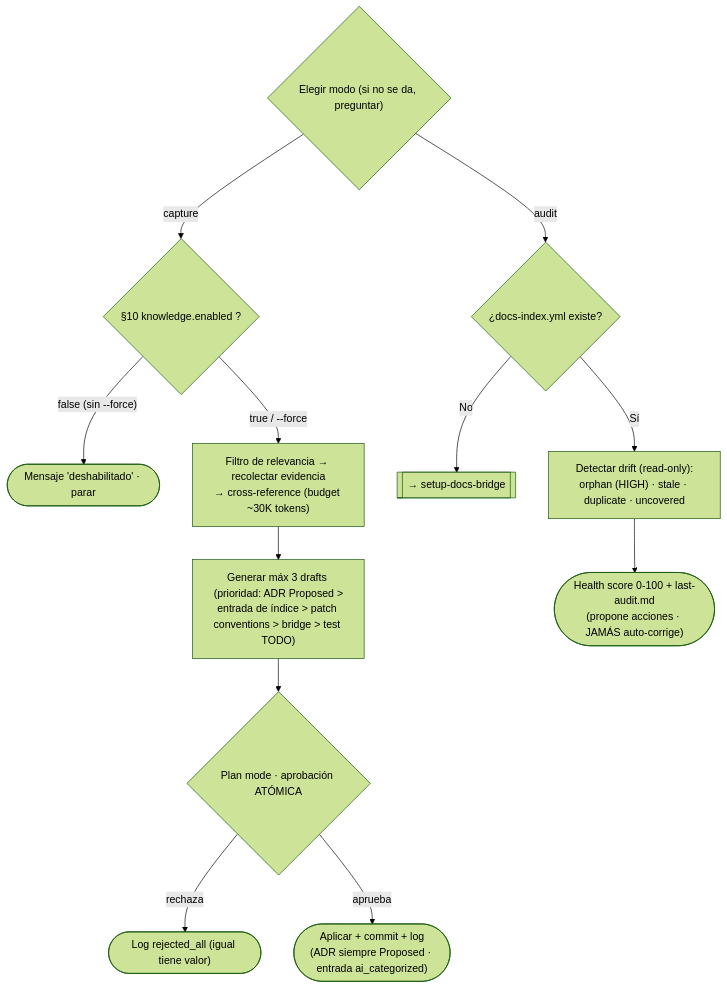
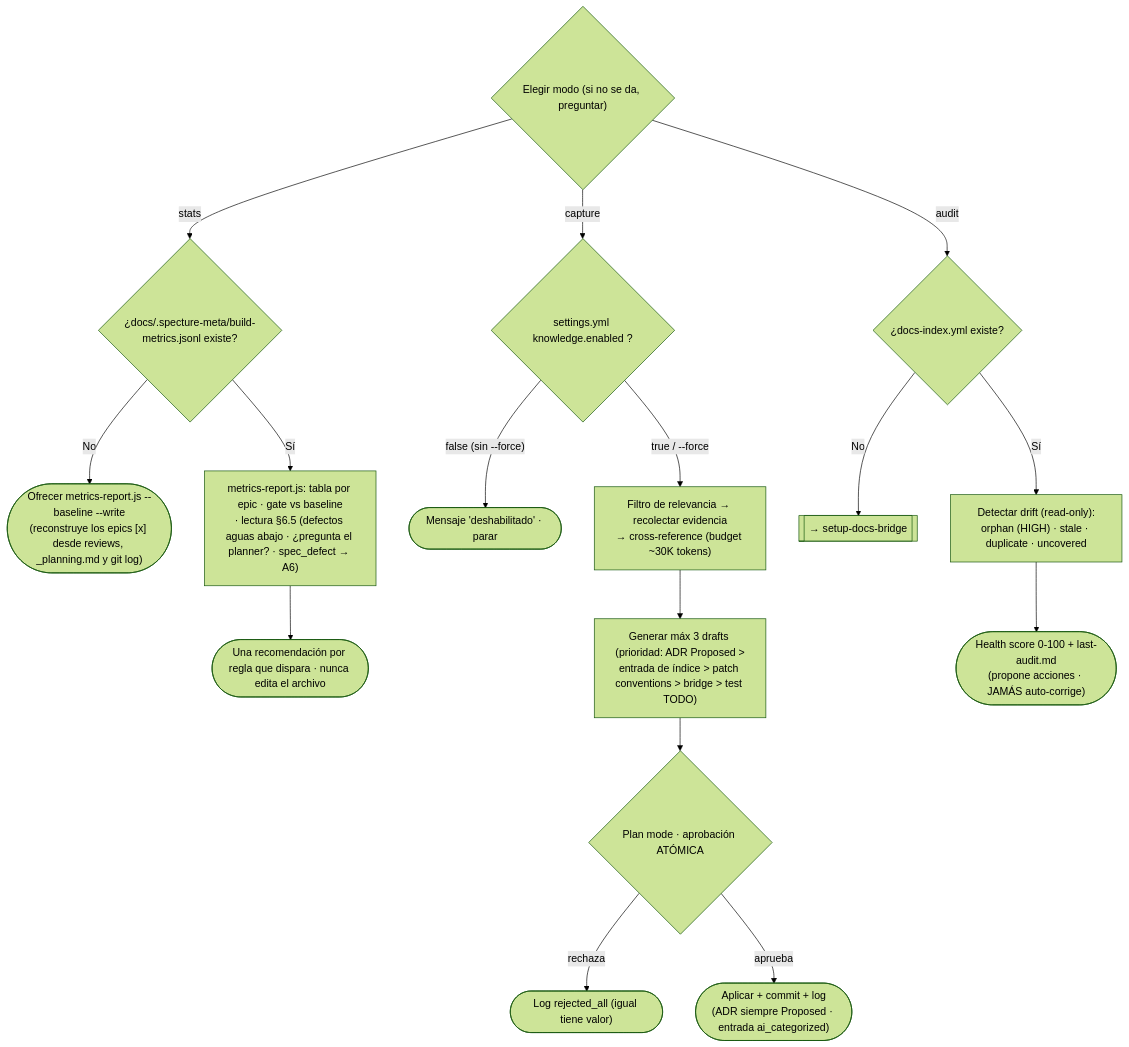
Before and after one commit to FerEscobarDev/Specture: diagram 16 of 19 in docs/execution-flows.md, drawn with Mermaid (forest theme). The commit also changed other lines of this file and 7 other files, not shown here.

First line of the commit message:
docs: prosa obsoleta tras v1.18.0 — settings.yml, tres modos de knowledge, catálogo del doctor, roadmap, árbol de templates, nota multi-plataforma

````diff
--- a/docs/execution-flows.md
+++ b/docs/execution-flows.md
@@ -458,17 +458,22 @@
 ```mermaid
 flowchart TD
     M{"Elegir modo (si no se da, preguntar)"}
 
-    M -->|"capture"| C0{"§10 knowledge.enabled ?"}
+    M -->|"stats"| ST0{"¿docs/.specture-meta/build-metrics.jsonl existe?"}
+    ST0 -->|No| ST1(["Ofrecer metrics-report.js --baseline --write<br/>(reconstruye los epics [x] desde reviews, _planning.md y git log)"])
+    ST0 -->|Sí| ST2["metrics-report.js: tabla por epic · gate vs baseline<br/>· lectura §6.5 (defectos aguas abajo · ¿pregunta el planner? · spec_defect → A6)"]
+    ST2 --> ST3(["Una recomendación por regla que dispara · nunca edita el archivo"])
+
+    M -->|"capture"| C0{"settings.yml knowledge.enabled ?"}
     C0 -->|"false (sin --force)"| STOP1(["Mensaje 'deshabilitado' · parar"])
     C0 -->|"true / --force"| C1["Filtro de relevancia → recolectar evidencia<br/>→ cross-reference (budget ~30K tokens)"]
     C1 --> C3["Generar máx 3 drafts (prioridad: ADR Proposed ><br/>entrada de índice > patch conventions > bridge > test TODO)"]
     C3 --> C4{"Plan mode · aprobación ATÓMICA"}
     C4 -->|"rechaza"| LOG(["Log rejected_all (igual tiene valor)"])
     C4 -->|"aprueba"| C5(["Aplicar + commit + log<br/>(ADR siempre Proposed · entrada ai_categorized)"])
 
     M -->|"audit"| A0{"¿docs-index.yml existe?"}
     A0 -->|No| BRG[["→ setup-docs-bridge"]]
     A0 -->|Sí| A2["Detectar drift (read-only):<br/>orphan (HIGH) · stale · duplicate · uncovered"]
     A2 --> A4(["Health score 0-100 + last-audit.md<br/>(propone acciones · JAMÁS auto-corrige)"])
 ```
````
